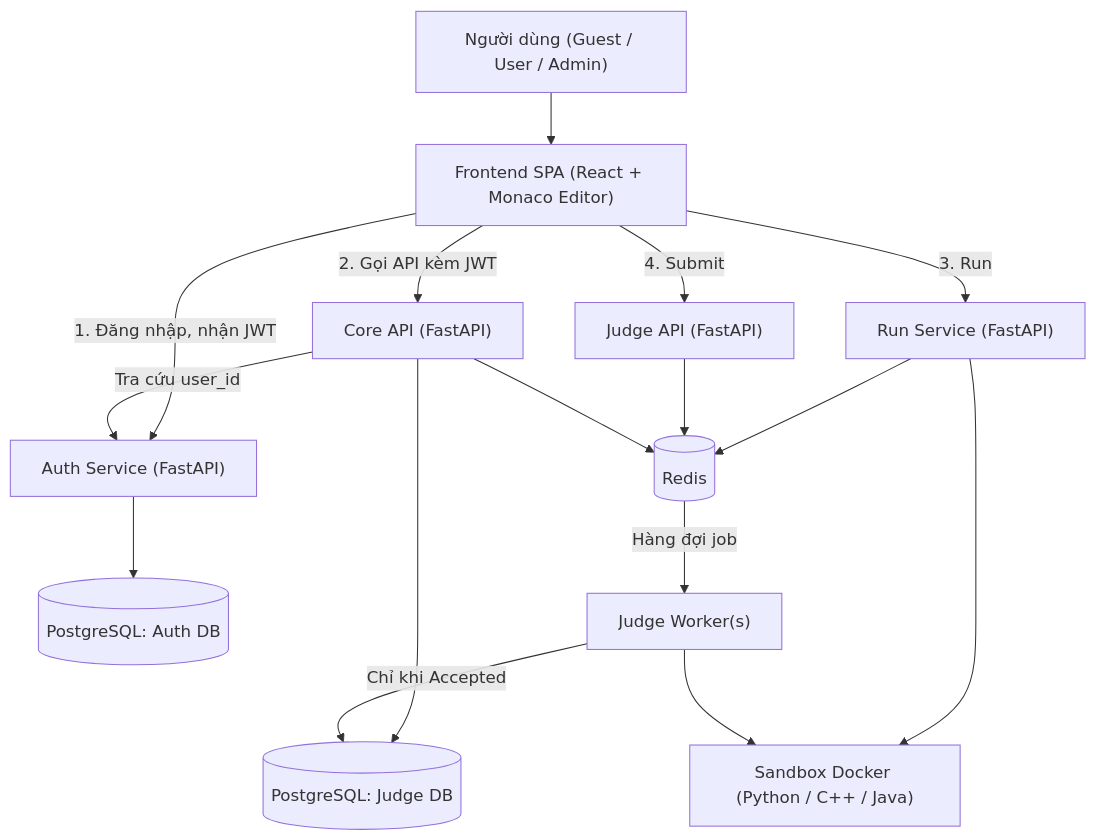
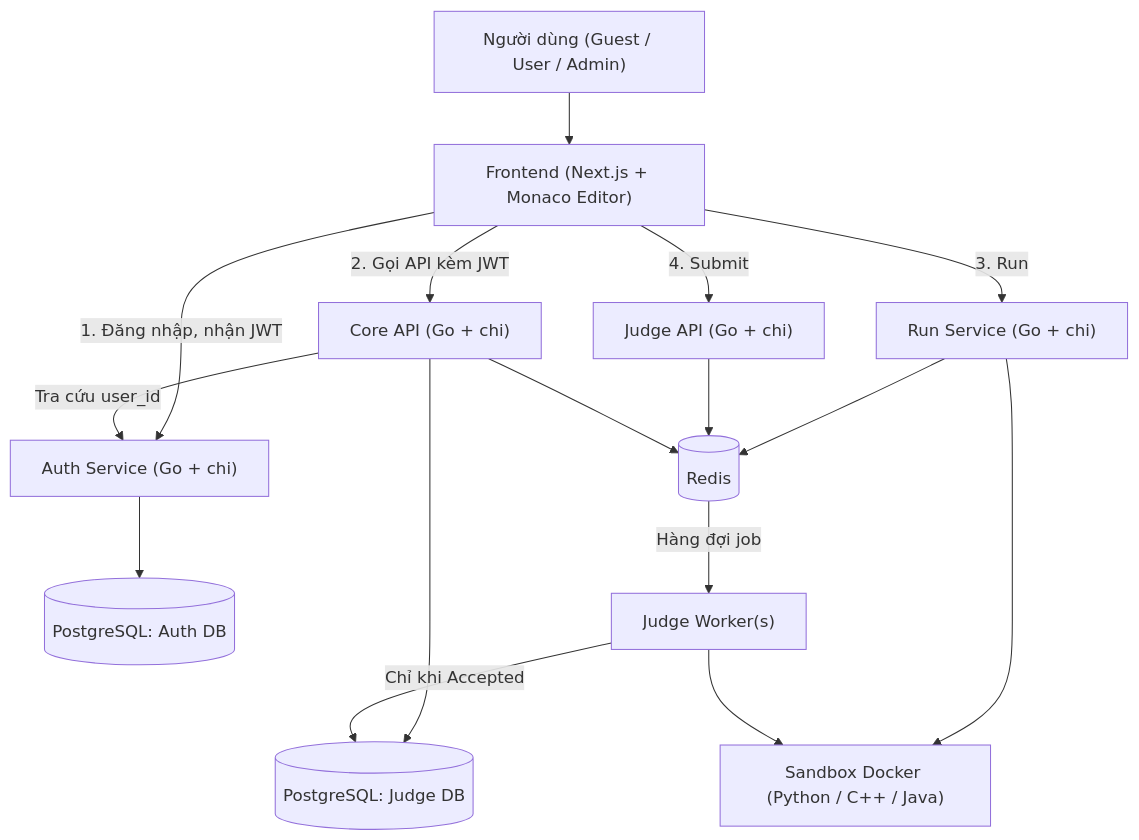
Before and after one commit to code-automatic/srs: the first of 8 diagrams in 01_SRS_Coding_Judge_Platform.md, drawn with Mermaid. The commit also changed other lines of this file and 3 other files, not shown here.

````diff
--- a/01_SRS_Coding_Judge_Platform.md
+++ b/01_SRS_Coding_Judge_Platform.md
@@ -88,18 +89,18 @@
 ```mermaid
 flowchart TD
-    U["Người dùng (Guest / User / Admin)"] --> FE["Frontend SPA (React + Monaco Editor)"]
-    FE -->|"1. Đăng nhập, nhận JWT"| AUTH["Auth Service (FastAPI)"]
-    FE -->|"2. Gọi API kèm JWT"| CORE["Core API (FastAPI)"]
-    FE -->|"3. Run"| RUN["Run Service (FastAPI)"]
-    FE -->|"4. Submit"| JUDGE_API["Judge API (FastAPI)"]
+    U["Người dùng (Guest / User / Admin)"] --> FE["Frontend (Next.js + Monaco Editor)"]
+    FE -->|"1. Đăng nhập, nhận JWT"| AUTH["Auth Service (Go + chi)"]
+    FE -->|"2. Gọi API kèm JWT"| CORE["Core API (Go + chi)"]
+    FE -->|"3. Run"| RUN["Run Service (Go + chi)"]
+    FE -->|"4. Submit"| JUDGE_API["Judge API (Go + chi)"]
     AUTH --> AUTHDB[("PostgreSQL: Auth DB")]
     CORE --> DB[("PostgreSQL: Judge DB")]
     CORE -->|"Tra cứu user_id"| AUTH
     RUN --> REDIS[("Redis")]
     JUDGE_API --> REDIS
     REDIS -->|"Hàng đợi job"| WORKER["Judge Worker(s)"]
     RUN --> SANDBOX["Sandbox Docker (Python / C++ / Java)"]
     WORKER --> SANDBOX
     WORKER -->|"Chỉ khi Accepted"| DB
     CORE --> REDIS
 ```
````
